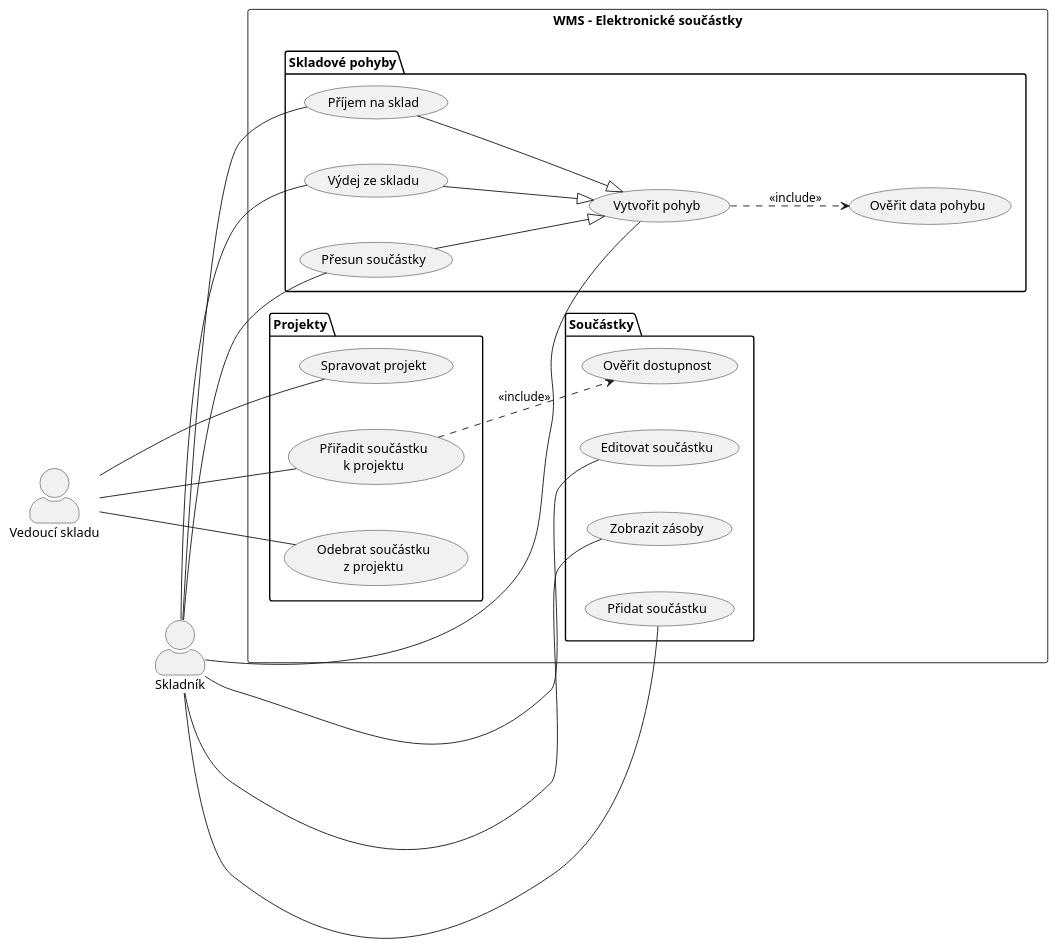
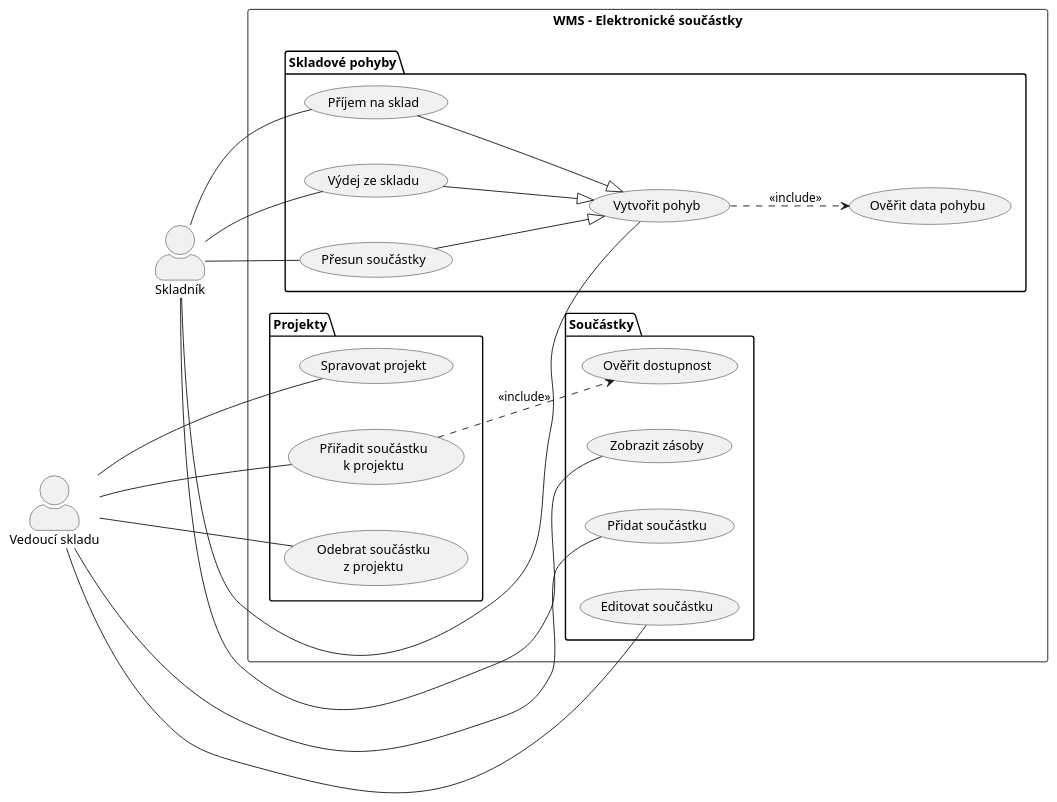
Before and after one commit to lkvapil/kOdevzdaniProjektWMS: the diagram in diagrams/01_use_case.puml, drawn with PlantUML. The commit also changed 2 other files, not shown here.

Commit message:
fix: role vedouci a skladnik - use case diagram a popisy

```diff
--- a/diagrams/01_use_case.puml
+++ b/diagrams/01_use_case.puml
@@ -1,59 +1,59 @@
 @startuml 01_use_case
 left to right direction
 skinparam actorStyle awesome
 skinparam nodesep 50
 skinparam ranksep 60
 skinparam packagePadding 10
 
 actor "Vedoucí skladu" as Vedouci
 actor "Skladník" as Skladnik
 
 Vedouci -[hidden]down- Skladnik
 
 rectangle "WMS – Elektronické součástky" {
 
   package "Projekty" {
     usecase "Spravovat projekt" as UC_PROJEKT
     usecase "Přiřadit součástku\nk projektu" as UC_PRIRADIT
     usecase "Odebrat součástku\nz projektu" as UC_ODEBRAT
   }
 
   package "Součástky" {
     usecase "Přidat součástku" as UC_ADD
     usecase "Editovat součástku" as UC_EDIT
     usecase "Zobrazit zásoby" as UC_ZASOBY
     usecase "Ověřit dostupnost" as UC_DOSTUPNOST
   }
 
   package "Skladové pohyby" {
     usecase "Vytvořit pohyb" as UC_POHYB
     usecase "Ověřit data pohybu" as UC_OVERIT
     usecase "Příjem na sklad" as UC_PRIJEM
     usecase "Výdej ze skladu" as UC_VYDEJ
     usecase "Přesun součástky" as UC_PRESUN
   }
 
 }
 
 Vedouci -- UC_PROJEKT
 Vedouci -- UC_PRIRADIT
 Vedouci -- UC_ODEBRAT
+Vedouci -- UC_ADD
+Vedouci -- UC_EDIT
 
-Skladnik -- UC_ADD
-Skladnik -- UC_EDIT
-Skladnik -- UC_ZASOBY
 Skladnik -- UC_PRIJEM
 Skladnik -- UC_VYDEJ
 Skladnik -- UC_PRESUN
+Skladnik -- UC_ZASOBY
 Skladnik -- UC_POHYB
 
 ' include
 UC_POHYB    ..> UC_OVERIT     : <<include>>
 UC_PRIRADIT ..> UC_DOSTUPNOST : <<include>>
 
 ' generalizace místo extend – specifické varianty pohybu
 UC_PRIJEM --|> UC_POHYB
 UC_VYDEJ  --|> UC_POHYB
 UC_PRESUN --|> UC_POHYB
 
 @enduml
```
